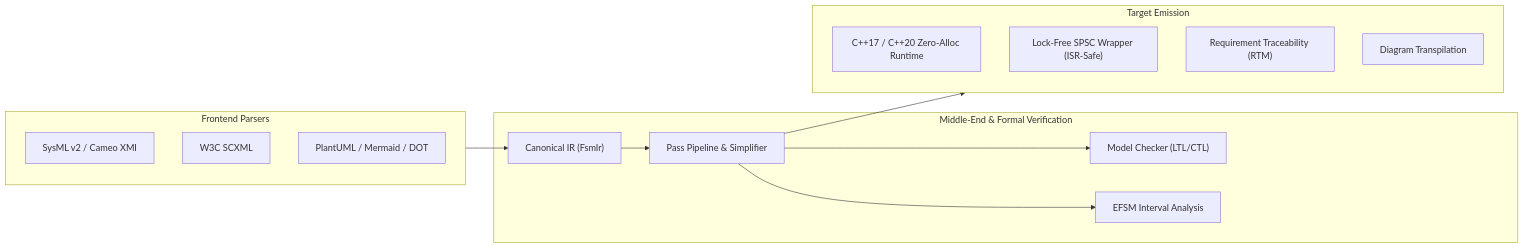
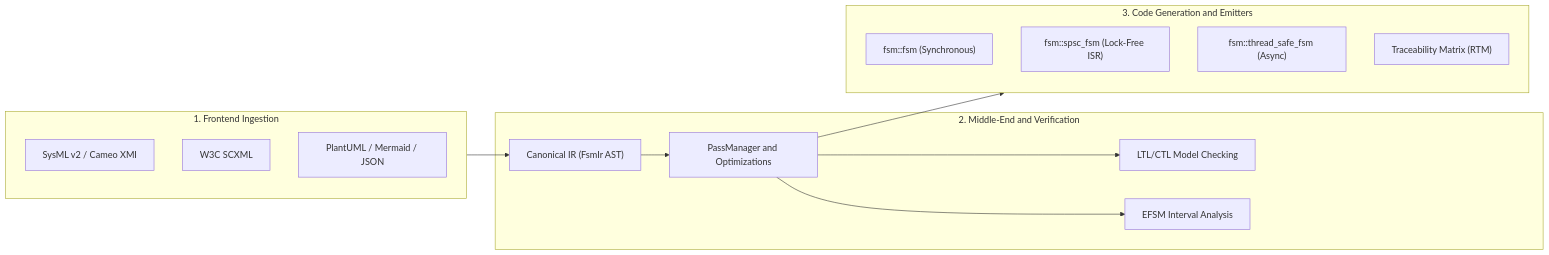
Before and after one commit to simoneCavalleri/fsmc: the diagram in docs/index.md, drawn with Mermaid. The commit also changed other lines of this file and 29 other files, not shown here.

````diff
--- a/docs/index.md
+++ b/docs/index.md
@@ -9,28 +16,29 @@
 ```mermaid
 flowchart LR
-    subgraph Frontend["Frontend Parsers"]
+    subgraph Frontend["1. Frontend Ingestion"]
         SysML["SysML v2 / Cameo XMI"]
         SCXML["W3C SCXML"]
-        Diagrams["PlantUML / Mermaid / DOT"]
+        Diagrams["PlantUML / Mermaid / JSON"]
     end
 
-    subgraph MiddleEnd["Middle-End & Formal Verification"]
-        IR["Canonical IR (FsmIr)"]
-        MC["Model Checker (LTL/CTL)"]
+    subgraph MiddleEnd["2. Middle-End and Verification"]
+        IR["Canonical IR (FsmIr AST)"]
+        MC["LTL/CTL Model Checking"]
         Interval["EFSM Interval Analysis"]
-        Opt["Pass Pipeline & Simplifier"]
+        Opt["PassManager and Optimizations"]
     end
 
-    subgraph Backend["Target Emission"]
-        CPP["C++17 / C++20 Zero-Alloc Runtime"]
-        SPSC["Lock-Free SPSC Wrapper (ISR-Safe)"]
-        RTM["Requirement Traceability (RTM)"]
-        Transpile["Diagram Transpilation"]
+    subgraph Backend["3. Code Generation and Emitters"]
+        Sync["fsm::fsm (Synchronous)"]
+        SPSC["fsm::spsc_fsm (Lock-Free ISR)"]
+        MPSC["fsm::thread_safe_fsm (Async)"]
+        RTM["Traceability Matrix (RTM)"]
     end
+
 
     Frontend --> IR
     IR --> Opt
     Opt --> MC
     Opt --> Interval
     Opt --> Backend
 ```
````
